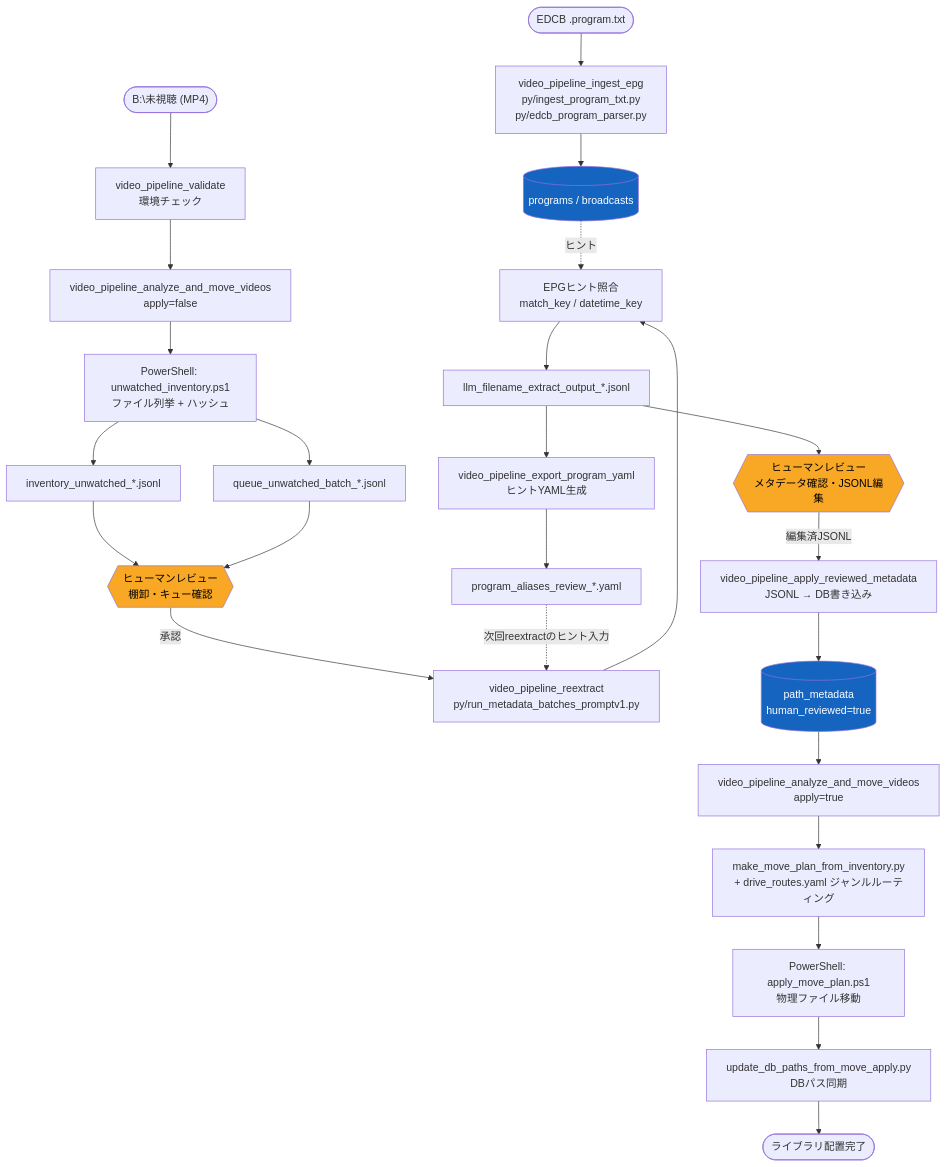
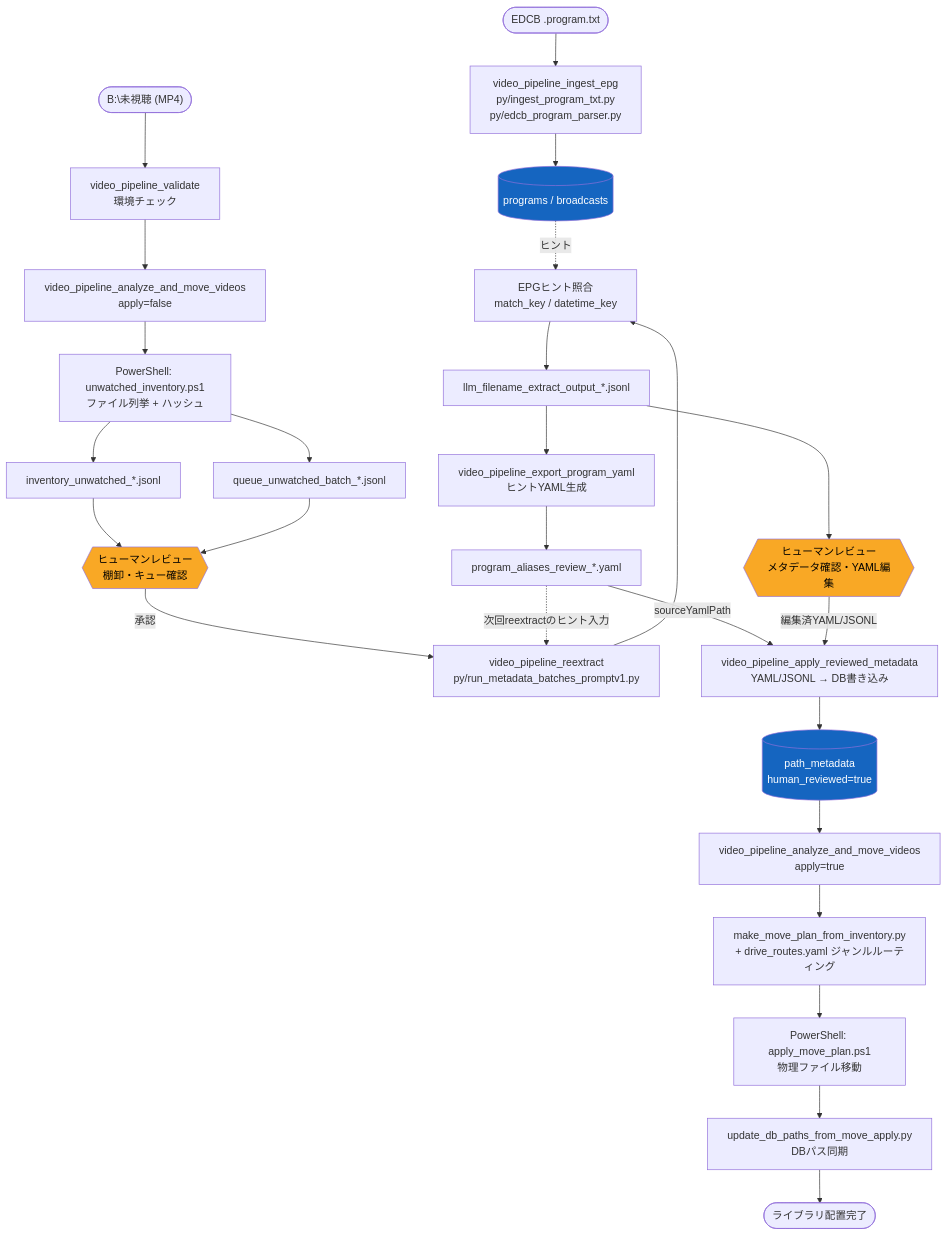
Before and after one commit to NEXTAltair/video-library-pipeline: the third of 10 diagrams in README.md, drawn with Mermaid. The commit also changed other lines of this file and 1 other file, not shown here.

First line of the commit message:
extract-review SKILL.md: YAML→DB直接反映を推奨パスに修正

````diff
--- a/README.md
+++ b/README.md
@@ -113,55 +113,56 @@
 ```mermaid
 flowchart TD
     %% ── 前処理: EPG ──
     EPG_START(["EDCB .program.txt"])
     EPG_INGEST["video_pipeline_ingest_epg<br/>py/ingest_program_txt.py<br/>py/edcb_program_parser.py"]
     EPG_DB[("programs / broadcasts")]
     EPG_START --> EPG_INGEST --> EPG_DB
 
     %% ── Stage 1: Normalize ──
     S1_IN(["B:\未視聴 (MP4)"])
     S1_VALIDATE["video_pipeline_validate<br/>環境チェック"]
     S1_RUN["video_pipeline_analyze_and_move_videos<br/>apply=false"]
     S1_PS_INV["PowerShell: unwatched_inventory.ps1<br/>ファイル列挙 + ハッシュ"]
     S1_OUT_INV["inventory_unwatched_*.jsonl"]
     S1_OUT_Q["queue_unwatched_batch_*.jsonl"]
     S1_GATE{{"ヒューマンレビュー<br/>棚卸・キュー確認"}}
 
     S1_IN --> S1_VALIDATE --> S1_RUN
     S1_RUN --> S1_PS_INV
     S1_PS_INV --> S1_OUT_INV & S1_OUT_Q
     S1_OUT_INV & S1_OUT_Q --> S1_GATE
 
     %% ── Stage 2: Extract ──
     S2_REEXTRACT["video_pipeline_reextract<br/>py/run_metadata_batches_promptv1.py"]
     S2_EPG_MATCH["EPGヒント照合<br/>match_key / datetime_key"]
     S2_EXTRACT_OUT["llm_filename_extract_output_*.jsonl"]
     S2_EXPORT["video_pipeline_export_program_yaml<br/>ヒントYAML生成"]
     S2_YAML["program_aliases_review_*.yaml"]
-    S2_GATE{{"ヒューマンレビュー<br/>メタデータ確認・JSONL編集"}}
-    S2_APPLY["video_pipeline_apply_reviewed_metadata<br/>JSONL → DB書き込み"]
+    S2_GATE{{"ヒューマンレビュー<br/>メタデータ確認・YAML編集"}}
+    S2_APPLY["video_pipeline_apply_reviewed_metadata<br/>YAML/JSONL → DB書き込み"]
     S2_DB[("path_metadata<br/>human_reviewed=true")]
 
     S1_GATE -->|承認| S2_REEXTRACT
     EPG_DB -.->|ヒント| S2_EPG_MATCH
     S2_REEXTRACT --> S2_EPG_MATCH --> S2_EXTRACT_OUT
     S2_EXTRACT_OUT --> S2_EXPORT --> S2_YAML
     S2_YAML -.->|次回reextractのヒント入力| S2_REEXTRACT
     S2_EXTRACT_OUT --> S2_GATE
-    S2_GATE -->|編集済JSONL| S2_APPLY --> S2_DB
+    S2_YAML -->|sourceYamlPath| S2_APPLY
+    S2_GATE -->|編集済YAML/JSONL| S2_APPLY --> S2_DB
 
     %% ── Stage 3: Move ──
     S3_RUN["video_pipeline_analyze_and_move_videos<br/>apply=true"]
     S3_PLAN["make_move_plan_from_inventory.py<br/>+ drive_routes.yaml ジャンルルーティング"]
     S3_PS_MOVE["PowerShell: apply_move_plan.ps1<br/>物理ファイル移動"]
     S3_DB_SYNC["update_db_paths_from_move_apply.py<br/>DBパス同期"]
     S3_DONE(["ライブラリ配置完了"])
 
     S2_DB --> S3_RUN --> S3_PLAN --> S3_PS_MOVE --> S3_DB_SYNC --> S3_DONE
 
     %% スタイル
     style S1_GATE fill:#f9a825,color:#000
     style S2_GATE fill:#f9a825,color:#000
     style EPG_DB fill:#1565c0,color:#fff
     style S2_DB fill:#1565c0,color:#fff
 ```
````
